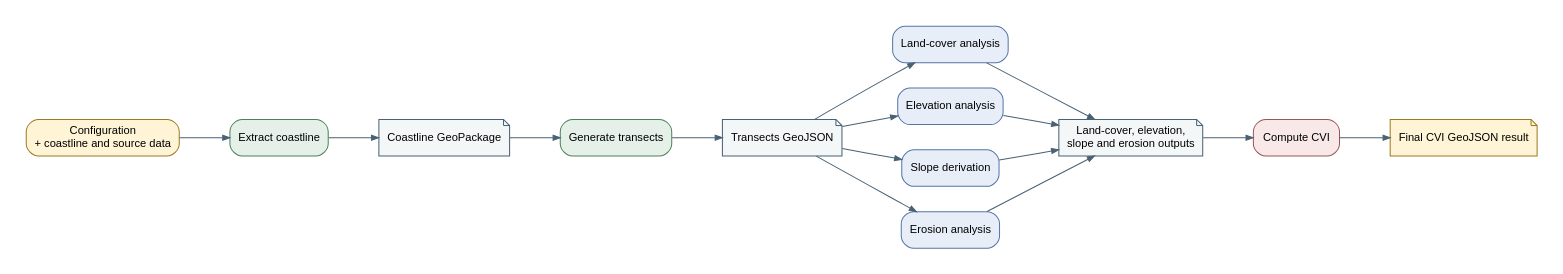
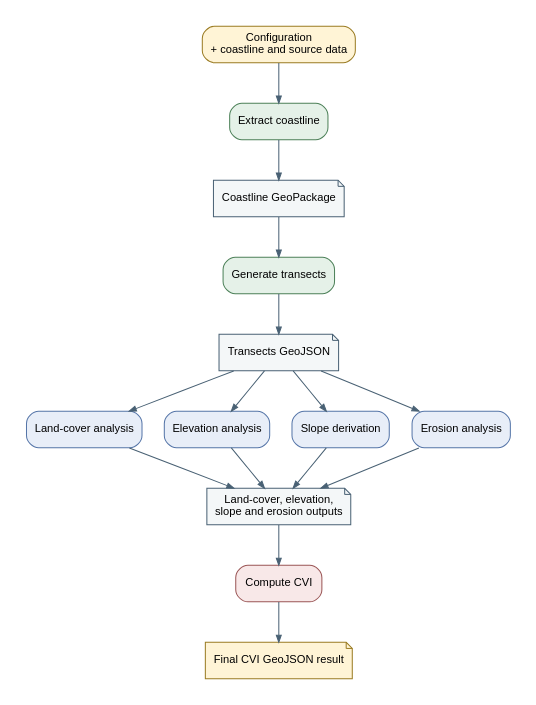
Before and after one commit to hartis-org/cvi-workflow: the diagram in docs/cvi_provenance_chain.dot, drawn with Graphviz. The commit also changed 1 other file, not shown here.

Commit message:
Make CVI provenance figure compact

```diff
--- a/docs/cvi_provenance_chain.dot
+++ b/docs/cvi_provenance_chain.dot
@@ -1,33 +1,35 @@
 digraph cvi_provenance_chain {
-  graph [bgcolor="white", rankdir=LR, pad="0.25", nodesep="0.35", ranksep="0.7"];
+  graph [bgcolor="white", rankdir=TB, pad="0.25", nodesep="0.3", ranksep="0.55"];
   node [shape=box, style="rounded,filled", fontname="Arial", fontsize=11, margin="0.12,0.08", color="#496174", fillcolor="#eef4f7"];
   edge [fontname="Arial", fontsize=9, color="#496174", arrowsize=0.7];
 
   inputs [label="Configuration\n+ coastline and source data", fillcolor="#fff4d6", color="#9a7b22"];
   coastline [label="Extract coastline", fillcolor="#e5f1e8", color="#4c8058"];
   coastline_out [label="Coastline GeoPackage", shape=note, fillcolor="#f4f7f8"];
   transects [label="Generate transects", fillcolor="#e5f1e8", color="#4c8058"];
   transects_out [label="Transects GeoJSON", shape=note, fillcolor="#f4f7f8"];
   landcover [label="Land-cover analysis", fillcolor="#e8eef8", color="#5575a8"];
   elevation [label="Elevation analysis", fillcolor="#e8eef8", color="#5575a8"];
   slope [label="Slope derivation", fillcolor="#e8eef8", color="#5575a8"];
   erosion [label="Erosion analysis", fillcolor="#e8eef8", color="#5575a8"];
   indicators [label="Land-cover, elevation,\nslope and erosion outputs", shape=note, fillcolor="#f4f7f8"];
   cvi [label="Compute CVI", fillcolor="#f8e8e8", color="#9a5555"];
   result [label="Final CVI GeoJSON result", shape=note, fillcolor="#fff4d6", color="#9a7b22"];
 
   inputs -> coastline;
   coastline -> coastline_out;
   coastline_out -> transects;
   transects -> transects_out;
   transects_out -> landcover;
   transects_out -> elevation;
   transects_out -> slope;
   transects_out -> erosion;
   landcover -> indicators;
   elevation -> indicators;
   slope -> indicators;
   erosion -> indicators;
   indicators -> cvi;
   cvi -> result;
+
+  { rank=same; landcover; elevation; slope; erosion; }
 }
```
